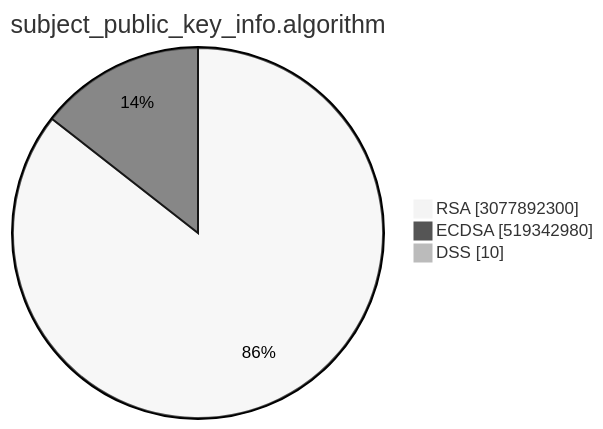
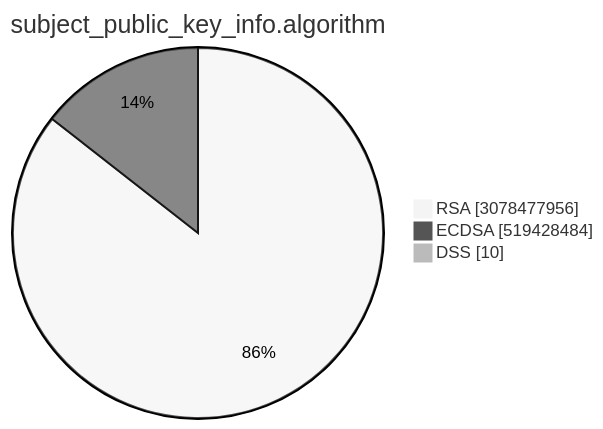
One commit to christiankrug/ctmonitor_visualization changed the second of 15 diagrams in TOTAL/README.md. Above: the diagram before and after it, drawn with Mermaid (neutral theme). The commit also changed other lines of this file, not shown here.

````diff
--- a/TOTAL/README.md
+++ b/TOTAL/README.md
@@ -6,7 +6,7 @@
 ```mermaid
 pie showData
 title subject_public_key_info.algorithm
-"RSA" :3077892300
-"ECDSA" :519342980
+"RSA" :3078477956
+"ECDSA" :519428484
 "DSS" :10
 ```
````
